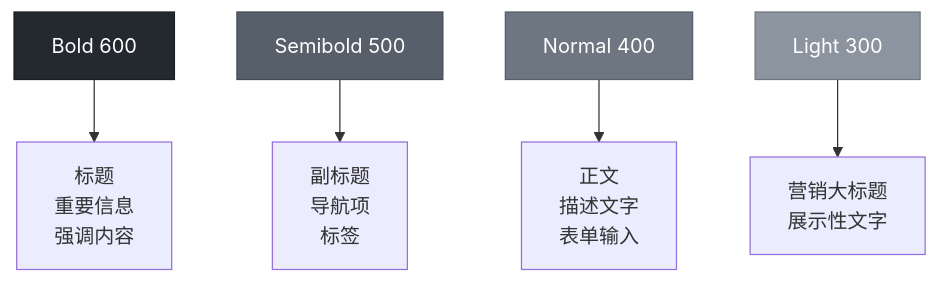
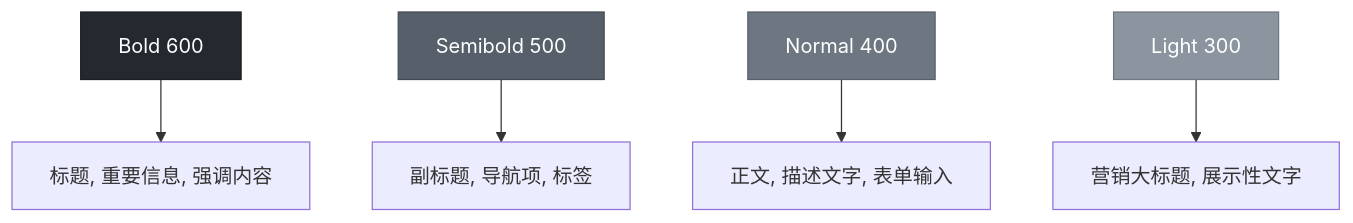
One commit to Cleam/primer-css changed the third of 4 diagrams in learn/06-typography.md. Above: the diagram before and after it, drawn with Mermaid. The commit also changed other lines of this file and 10 other files, not shown here.

First line of the commit message:
Fix mermaid diagram syntax for GitHub rendering compatibility

````diff
--- a/learn/06-typography.md
+++ b/learn/06-typography.md
@@ -216,12 +216,12 @@
 ```mermaid
 graph TB
-    A[Bold 600] --> A1[标题<br/>重要信息<br/>强调内容]
-    B[Semibold 500] --> B1[副标题<br/>导航项<br/>标签]
-    C[Normal 400] --> C1[正文<br/>描述文字<br/>表单输入]
-    D[Light 300] --> D1[营销大标题<br/>展示性文字]
+    A["Bold 600"] --> A1["标题, 重要信息, 强调内容"]
+    B["Semibold 500"] --> B1["副标题, 导航项, 标签"]
+    C["Normal 400"] --> C1["正文, 描述文字, 表单输入"]
+    D["Light 300"] --> D1["营销大标题, 展示性文字"]
 
     style A fill:#24292f,stroke:#1b1f24,color:#fff
     style B fill:#57606a,stroke:#424a53,color:#fff
     style C fill:#6e7781,stroke:#57606a,color:#fff
     style D fill:#8c959f,stroke:#6e7781,color:#fff
 ```
````
